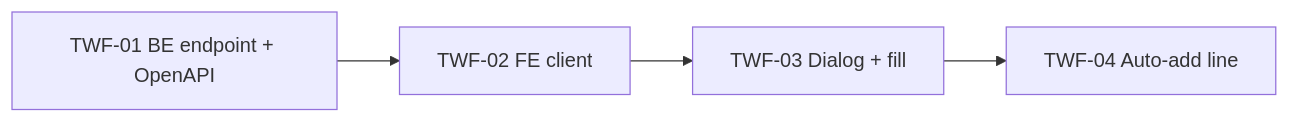
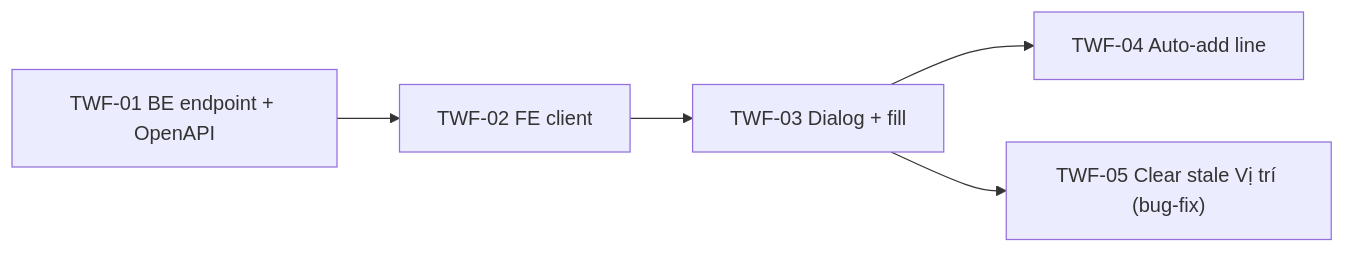
Before and after one commit to JackTran15/jack-erp: the second of 2 diagrams in tickets/epics/EPIC-21062026-transfer-warehouse-fill.md, drawn with Mermaid. The commit also changed other lines of this file and 44 other files, not shown here.

````diff
--- a/tickets/epics/EPIC-21062026-transfer-warehouse-fill.md
+++ b/tickets/epics/EPIC-21062026-transfer-warehouse-fill.md
@@ -65,6 +66,7 @@
 ```mermaid
 flowchart LR
   T1["TWF-01 BE endpoint + OpenAPI"] --> T2["TWF-02 FE client"]
   T2 --> T3["TWF-03 Dialog + fill"]
   T3 --> T4["TWF-04 Auto-add line"]
+  T3 --> T5["TWF-05 Clear stale Vị trí (bug-fix)"]
 ```
````
